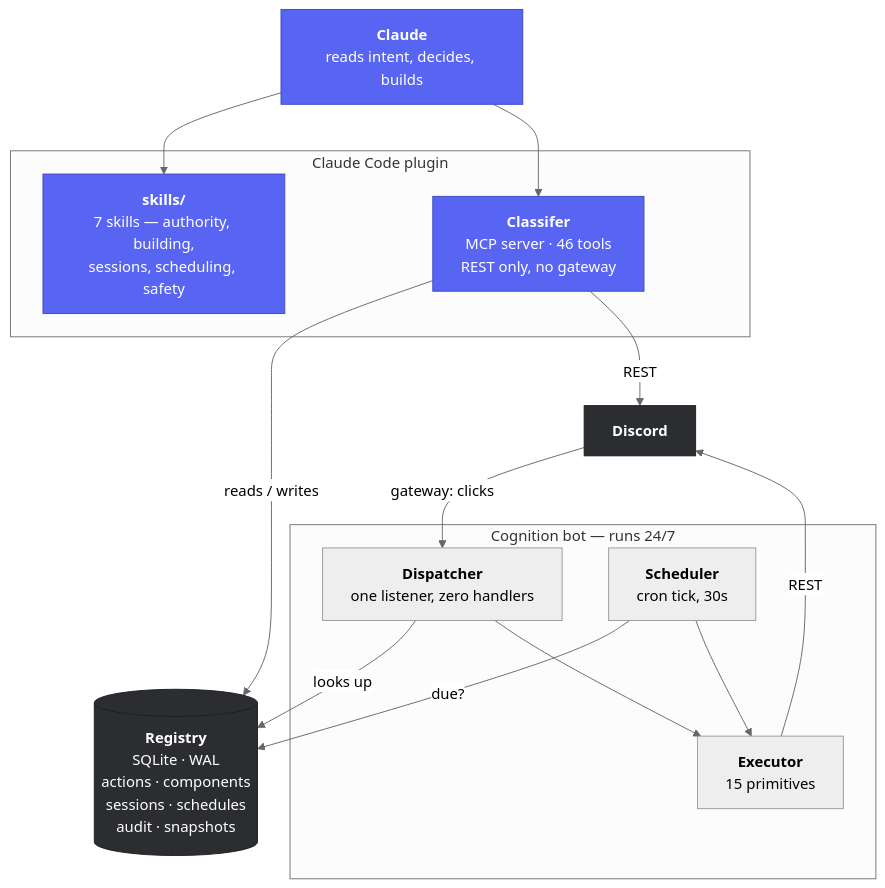
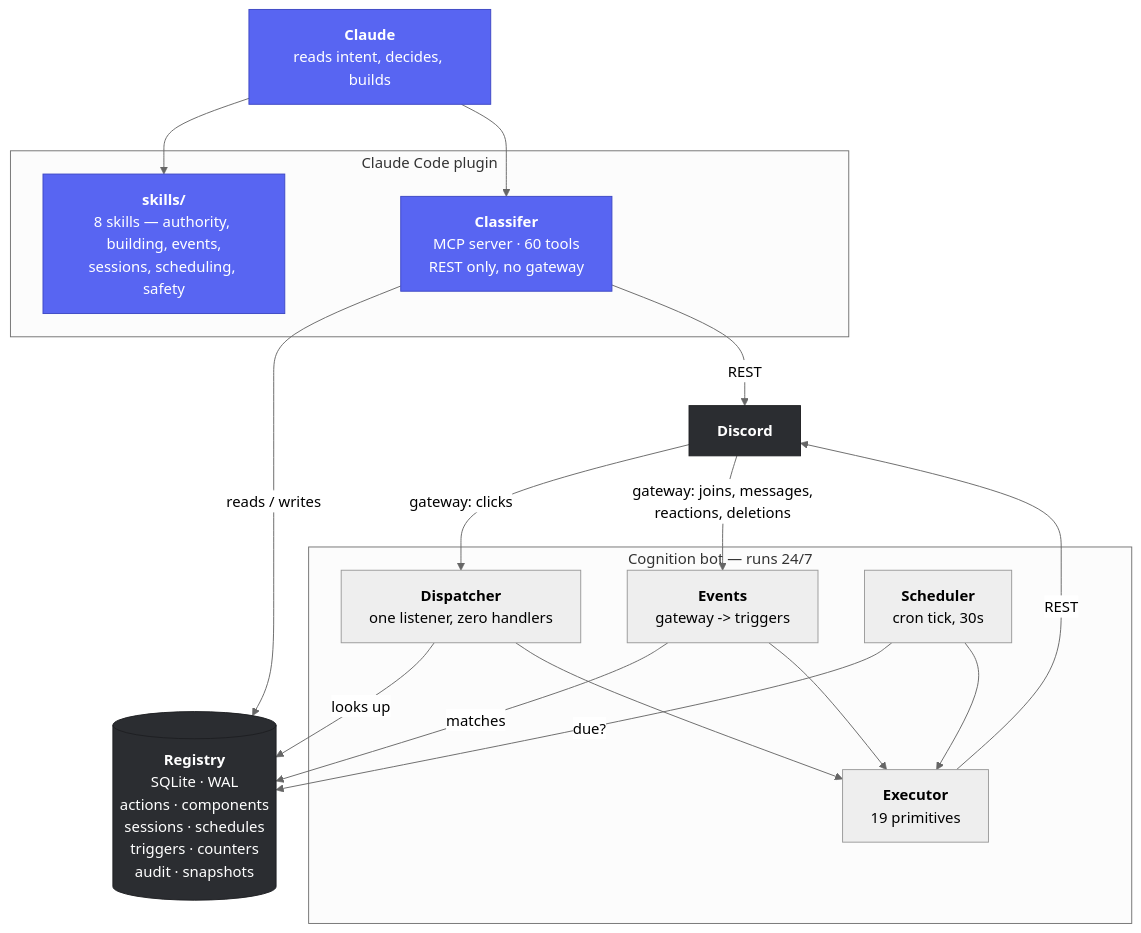
One commit to justpainful/Cognition changed the first of 3 diagrams in README.md. Above: the diagram before and after it, drawn with Mermaid (neutral theme). The commit also changed other lines of this file and 15 other files, not shown here.

````diff
--- a/README.md
+++ b/README.md
@@ -73,35 +73,39 @@
 ```mermaid
 flowchart TB
     Claude["<b>Claude</b><br/>reads intent, decides, builds"]
 
     subgraph Plugin["Claude Code plugin"]
-        Skills["<b>skills/</b><br/>7 skills — authority, building,<br/>sessions, scheduling, safety"]
-        Classifer["<b>Classifer</b><br/>MCP server · 46 tools<br/>REST only, no gateway"]
+        Skills["<b>skills/</b><br/>8 skills — authority, building, events,<br/>sessions, scheduling, safety"]
+        Classifer["<b>Classifer</b><br/>MCP server · 60 tools<br/>REST only, no gateway"]
     end
 
-    Registry[("<b>Registry</b><br/>SQLite · WAL<br/>actions · components<br/>sessions · schedules<br/>audit · snapshots")]
+    Registry[("<b>Registry</b><br/>SQLite · WAL<br/>actions · components<br/>sessions · schedules<br/>triggers · counters<br/>audit · snapshots")]
 
     subgraph Bot["Cognition bot — runs 24/7"]
         Dispatcher["<b>Dispatcher</b><br/>one listener, zero handlers"]
-        Executor["<b>Executor</b><br/>15 primitives"]
+        Eventer["<b>Events</b><br/>gateway -> triggers"]
+        Executor["<b>Executor</b><br/>19 primitives"]
         Scheduler["<b>Scheduler</b><br/>cron tick, 30s"]
     end
 
     Discord["<b>Discord</b>"]
 
     Claude --> Skills
     Claude --> Classifer
     Classifer -->|reads / writes| Registry
     Classifer -->|REST| Discord
     Discord -->|gateway: clicks| Dispatcher
+    Discord -->|gateway: joins, messages,<br/>reactions, deletions| Eventer
+    Eventer -->|matches| Registry
+    Eventer --> Executor
     Dispatcher -->|looks up| Registry
     Dispatcher --> Executor
     Scheduler -->|due?| Registry
     Scheduler --> Executor
     Executor -->|REST| Discord
 
     classDef c fill:#5865F2,stroke:#3d47c4,color:#fff
     classDef d fill:#2b2d31,stroke:#1e1f22,color:#fff
     class Claude,Classifer,Skills c
     class Discord,Registry d
 ```
````
